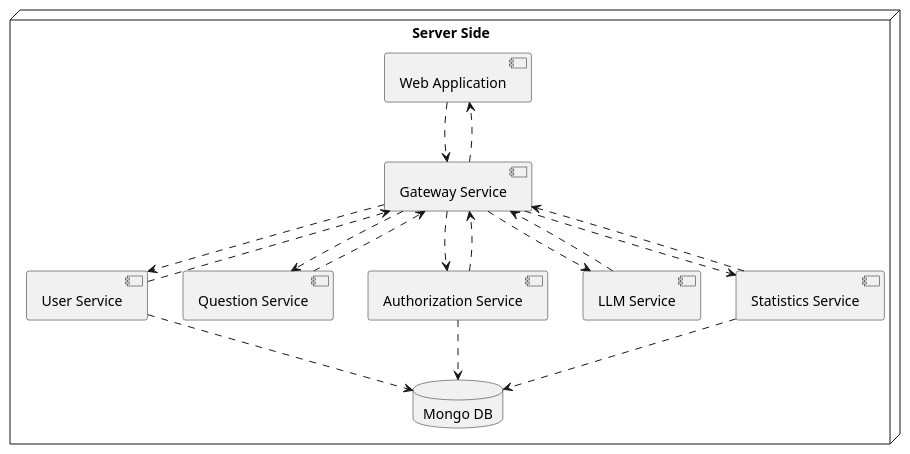
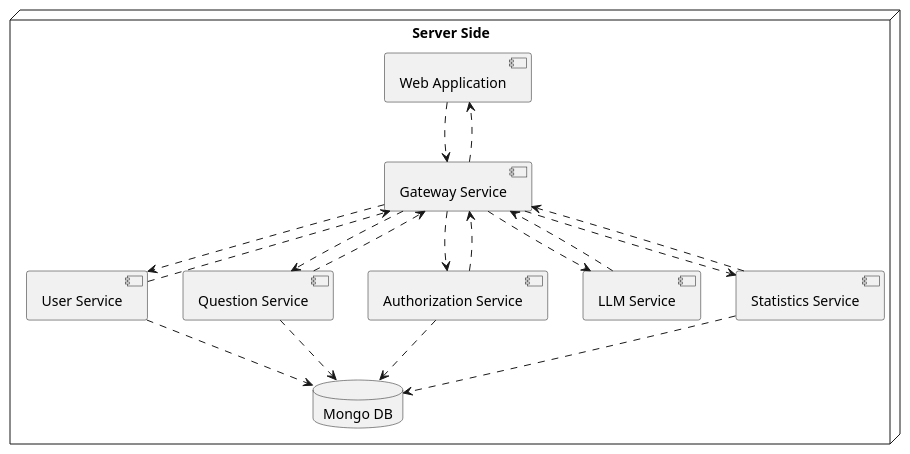
One commit to Arquisoft/wichat_en1b changed the second of 2 diagrams in docs/src/07_deployment_view.adoc. Above: the diagram before and after it, drawn with PlantUML.

Commit message:
add question service communication with mongodb

```diff
--- a/docs/src/07_deployment_view.adoc
+++ b/docs/src/07_deployment_view.adoc
@@ -109,35 +109,36 @@
 [plantuml,"Deployment view L2",png]
 ----
 node "Server Side" {
   component WA as "Web Application"
   component GS as "Gateway Service"
   component US as "User Service"
   component QS as "Question Service"
   component AS as "Authorization Service"
   component LLMS as "LLM Service"
   component SS as "Statistics Service"
   database MDB as "Mongo DB"
 
   GS -[dashed]-> WA
   WA -[dashed]-> GS
 
   GS -[dashed]-> US
   US -[dashed]-> GS
 
   GS -[dashed]-> AS
   AS -[dashed]-> GS
 
   GS -[dashed]-> QS
   QS -[dashed]-> GS
 
   GS -[dashed]-> LLMS
   LLMS -[dashed]-> GS
 
   GS -[dashed]-> SS
   SS -[dashed]-> GS
 
   US -[dashed]-> MDB
   AS -[dashed]-> MDB
   SS -[dashed]-> MDB
+  QS -[dashed]-> MDB
 }
 ----
```
